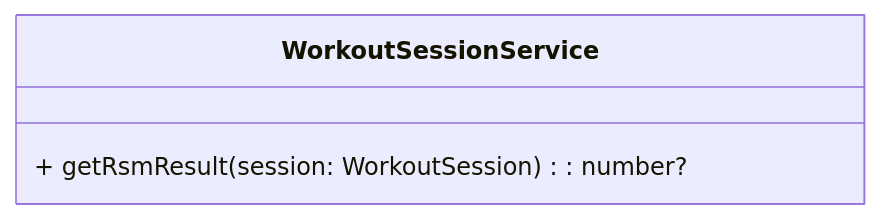
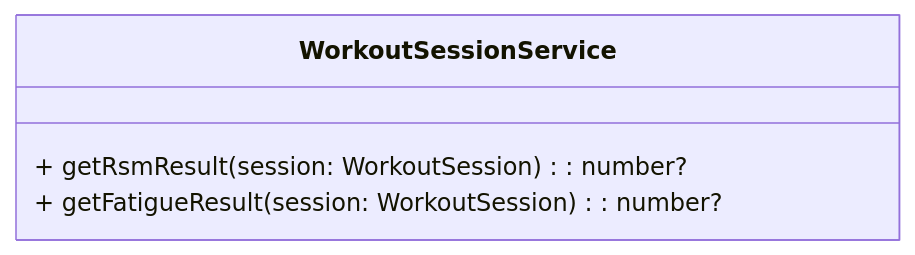
Before and after one commit to aneuhold/ts-libs: the second of 2 diagrams in packages/core-ts-db-lib/src/documents/dashboard/workouts/workouts.md, drawn with Mermaid. The commit also changed other lines of this file, not shown here.

````diff
--- a/packages/core-ts-db-lib/src/documents/dashboard/workouts/workouts.md
+++ b/packages/core-ts-db-lib/src/documents/dashboard/workouts/workouts.md
@@ -101,6 +110,7 @@
 ```mermaid
 classDiagram
   class WorkoutSessionService {
     + getRsmResult(session: WorkoutSession): number?
+    + getFatigueResult(session: WorkoutSession): number?
   }
 ```
````
